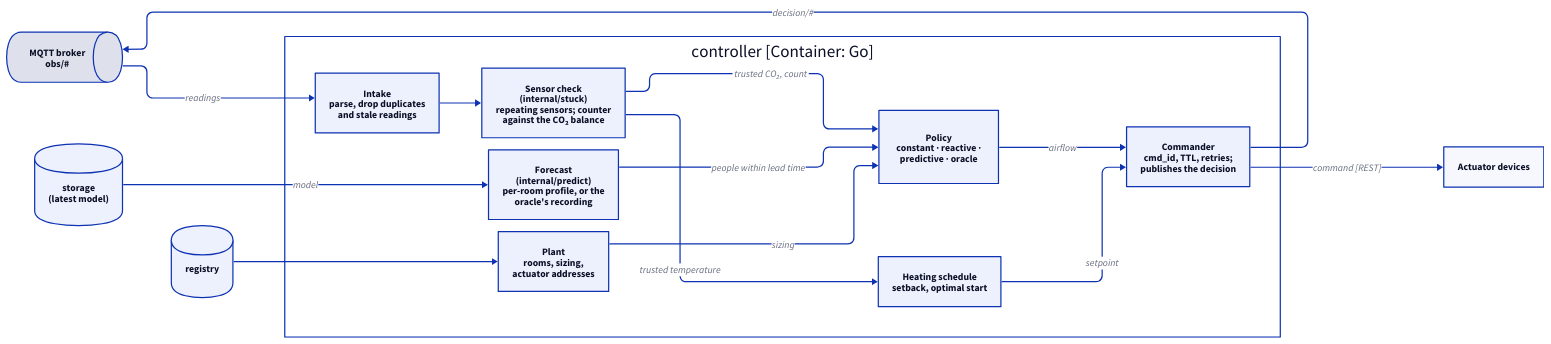
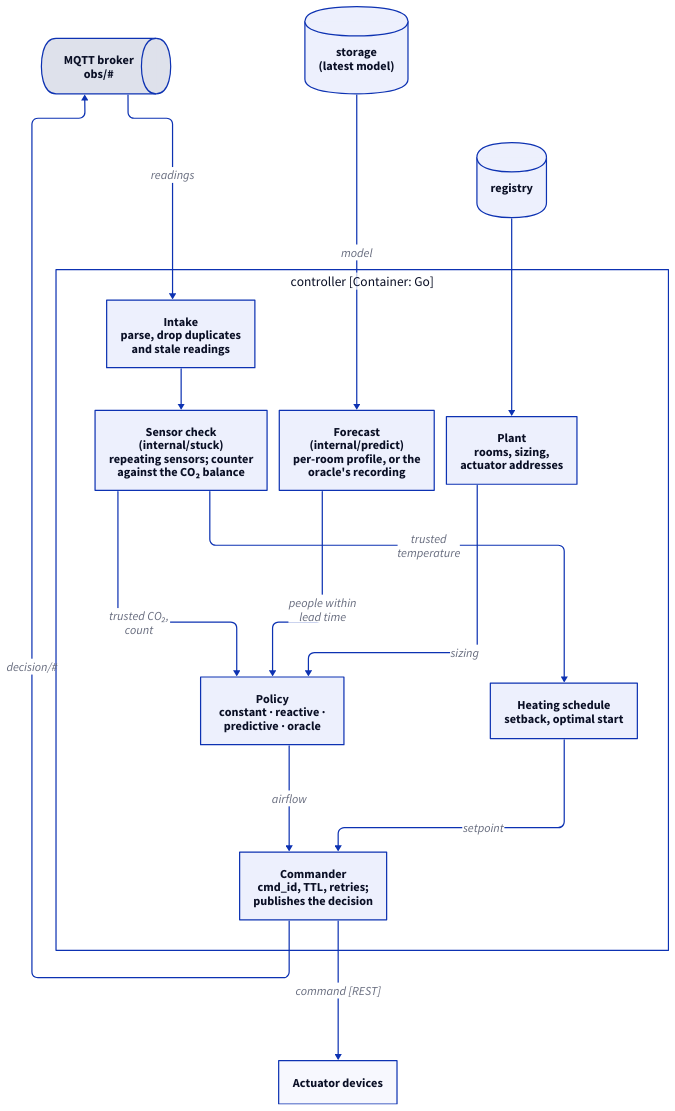
Before and after one commit to MisterD0ctor/d7065e-project: the diagram in docs/diagrams/component.d2, drawn with D2. The commit also changed 24 other files, not shown here.

First line of the commit message:
Report: diagrams readable in print; the 3D view in section 12

```diff
--- a/docs/diagrams/component.d2
+++ b/docs/diagrams/component.d2
@@ -1,31 +1,49 @@
-vars: { d2-config: { layout-engine: elk } }
-direction: right
+# C4 Level 3: the components inside the controller.
+vars: {
+  d2-config: {
+    layout-engine: elk
+  }
+}
 
-broker: "MQTT broker\nobs/#" { shape: queue }
-registry: "registry" { shape: cylinder }
-storage: "storage\n(latest model)" { shape: cylinder }
+direction: down
+
+*.style.font-size: 20
+(** -> **)[*].style.font-size: 20
+
+broker: "MQTT broker\nobs/#" {
+  shape: queue
+}
+registry: "registry" {
+  shape: cylinder
+}
+storage: "storage\n(latest model)" {
+  shape: cylinder
+}
 actuators: "Actuator devices"
 
 ctl: "controller  [Container: Go]" {
   style.fill: transparent
+  style.font-size: 22
+  *.style.font-size: 20
+
   intake: "Intake\nparse, drop duplicates\nand stale readings"
   health: "Sensor check\n(internal/stuck)\nrepeating sensors; counter\nagainst the CO₂ balance"
   forecast: "Forecast\n(internal/predict)\nper-room profile, or the\noracle's recording"
   policy: "Policy\nconstant · reactive ·\npredictive · oracle"
   heating: "Heating schedule\nsetback, optimal start"
   commander: "Commander\ncmd_id, TTL, retries;\npublishes the decision"
   plant: "Plant\nrooms, sizing,\nactuator addresses"
 }
 
 broker -> ctl.intake: readings
 ctl.intake -> ctl.health
-ctl.health -> ctl.policy: "trusted CO₂, count"
-ctl.health -> ctl.heating: "trusted temperature"
-ctl.forecast -> ctl.policy: "people within lead time"
+ctl.health -> ctl.policy: "trusted CO₂,\ncount"
+ctl.health -> ctl.heating: "trusted\ntemperature"
+ctl.forecast -> ctl.policy: "people within\nlead time"
 storage -> ctl.forecast: model
 registry -> ctl.plant
 ctl.plant -> ctl.policy: sizing
 ctl.policy -> ctl.commander: airflow
 ctl.heating -> ctl.commander: setpoint
 ctl.commander -> actuators: "command [REST]"
 ctl.commander -> broker: "decision/#"
```
